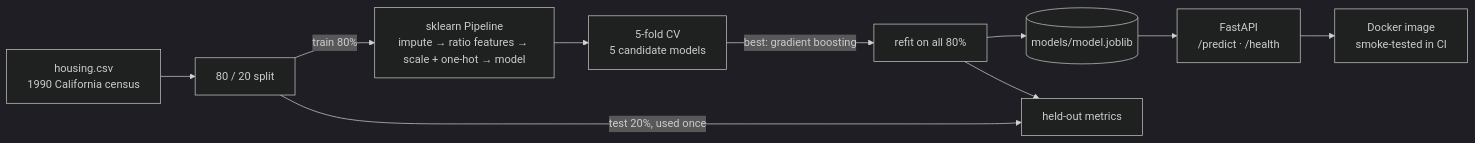
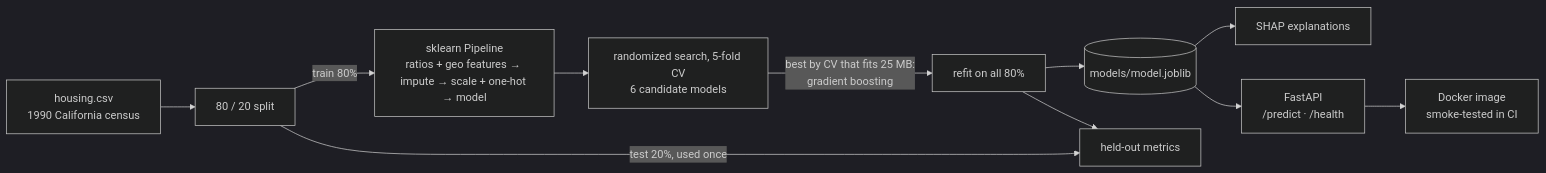
One commit to John-Ferd/house-price-ml changed the diagram in README.md. Above: the diagram before and after it, drawn with Mermaid (dark theme). The commit also changed other lines of this file and 15 other files, not shown here.

First line of the commit message:
Tune all models, add location features and SHAP; serve best model within a size budget

````diff
--- a/README.md
+++ b/README.md
@@ -52,12 +59,13 @@
 ```mermaid
 flowchart LR
   A["housing.csv<br/>1990 California census"] --> S["80 / 20 split"]
-  S -->|"train 80%"| P["sklearn Pipeline<br/>impute → ratio features → scale + one-hot → model"]
-  P --> CV["5-fold CV<br/>5 candidate models"]
-  CV -->|"best: gradient boosting"| R["refit on all 80%"]
+  S -->|"train 80%"| P["sklearn Pipeline<br/>ratios + geo features → impute → scale + one-hot → model"]
+  P --> CV["randomized search, 5-fold CV<br/>6 candidate models"]
+  CV -->|"best by CV that fits 25 MB:<br/>gradient boosting"| R["refit on all 80%"]
   R --> J[("models/model.joblib")]
   S -->|"test 20%, used once"| T["held-out metrics"]
   R --> T
+  J --> X["SHAP explanations"]
   J --> API["FastAPI<br/>/predict · /health"]
   API --> D["Docker image<br/>smoke-tested in CI"]
 ```
````
